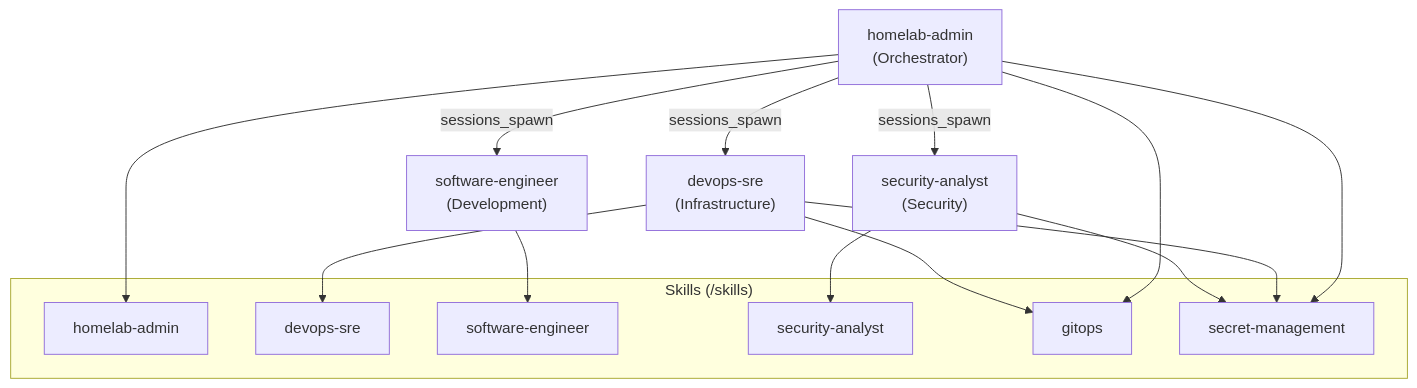
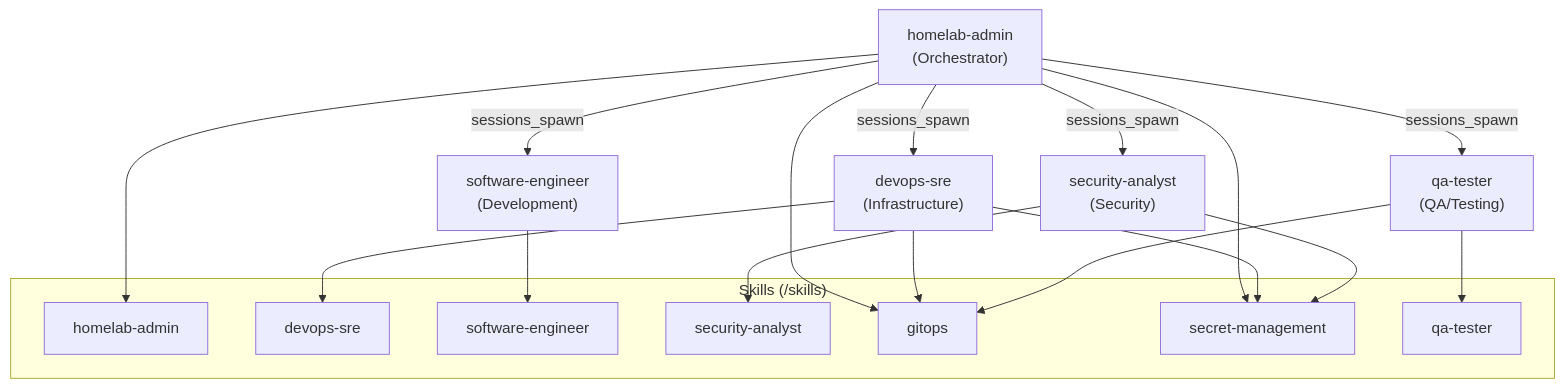
The fifth of 5 diagrams in k8s/apps/openclaw/README.md (haingth77/homelab), drawn with Mermaid before and after one commit. The commit also changed other lines of this file and 5 other files, not shown here.

````diff
--- a/k8s/apps/openclaw/README.md
+++ b/k8s/apps/openclaw/README.md
@@ -414,25 +414,29 @@
 ```mermaid
 flowchart TD
     HA["homelab-admin\n(Orchestrator)"]
     DS["devops-sre\n(Infrastructure)"]
     SE["software-engineer\n(Development)"]
     SA["security-analyst\n(Security)"]
+    QA["qa-tester\n(QA/Testing)"]
 
     HA -- "sessions_spawn" --> DS
     HA -- "sessions_spawn" --> SE
     HA -- "sessions_spawn" --> SA
+    HA -- "sessions_spawn" --> QA
 
     subgraph skills["Skills (/skills)"]
         S1["homelab-admin"]
         S2["devops-sre"]
         S3["software-engineer"]
         S4["security-analyst"]
         S5["gitops"]
         S6["secret-management"]
+        S7["qa-tester"]
     end
 
     HA --> S1 & S5 & S6
     DS --> S2 & S5 & S6
     SE --> S3
     SA --> S4 & S6
+    QA --> S7 & S5
 ```
````
